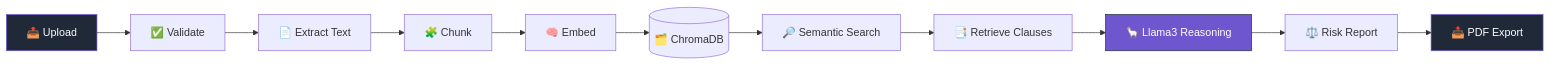
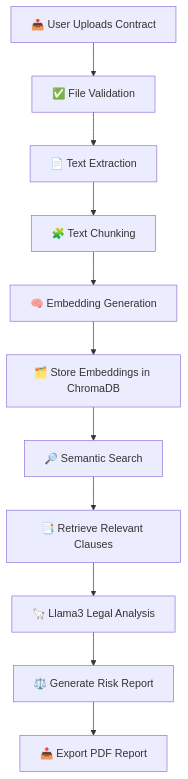
The diagram in README.md (TALHA-ABDUL-RAUF/AI_Legal_Risk_Analyzer), drawn with Mermaid before and after one commit. The commit also changed other lines of this file, not shown here.

````diff
--- a/README.md
+++ b/README.md
@@ -53,17 +104,13 @@
 ```mermaid
-flowchart LR
-    A[📤 Upload] --> B[✅ Validate]
-    B --> C[📄 Extract Text]
-    C --> D[🧩 Chunk]
-    D --> E[🧠 Embed]
-    E --> F[(🗂️ ChromaDB)]
+flowchart TD
+    A[📤 User Uploads Contract] --> B[✅ File Validation]
+    B --> C[📄 Text Extraction]
+    C --> D[🧩 Text Chunking]
+    D --> E[🧠 Embedding Generation]
+    E --> F[🗂️ Store Embeddings in ChromaDB]
     F --> G[🔎 Semantic Search]
-    G --> H[📑 Retrieve Clauses]
-    H --> I[🦙 Llama3 Reasoning]
-    I --> J[⚖️ Risk Report]
-    J --> K[📥 PDF Export]
-
-    style A fill:#1f2937,stroke:#6E56CF,color:#fff
-    style K fill:#1f2937,stroke:#6E56CF,color:#fff
-    style I fill:#6E56CF,stroke:#1f2937,color:#fff
+    G --> H[📑 Retrieve Relevant Clauses]
+    H --> I[🦙 Llama3 Legal Analysis]
+    I --> J[⚖️ Generate Risk Report]
+    J --> K[📥 Export PDF Report]
 ```
````
